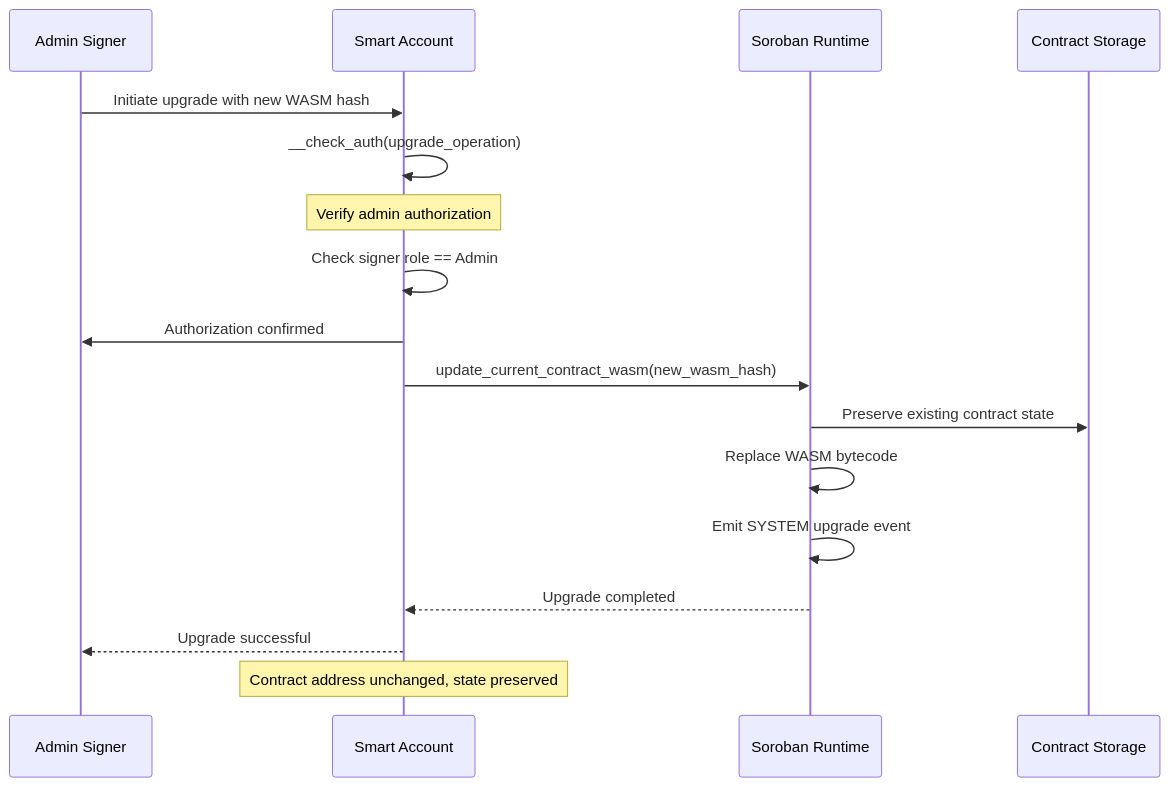
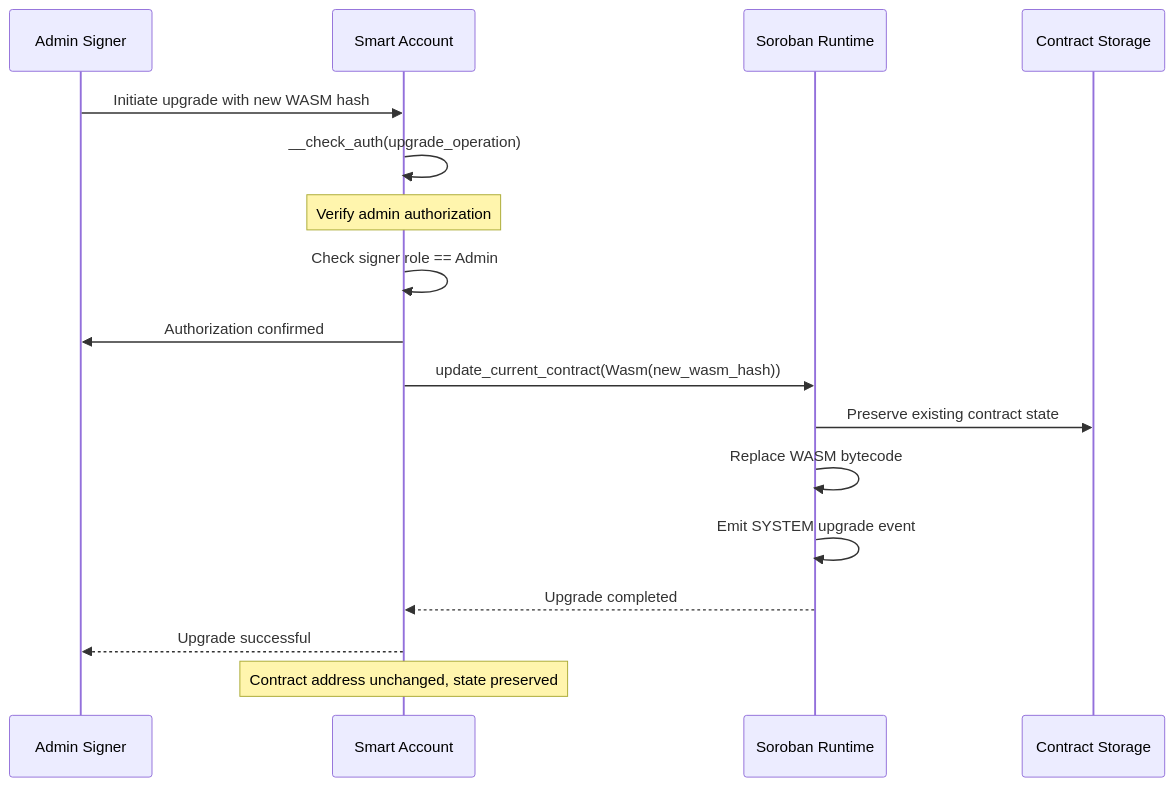
Before and after one commit to Crossmint/stellar-smart-account: the fifth of 5 diagrams in contracts/smart-account/README.md, drawn with Mermaid. The commit also changed other lines of this file and 4 other files, not shown here.

````diff
--- a/contracts/smart-account/README.md
+++ b/contracts/smart-account/README.md
@@ -590,24 +590,24 @@
 ```mermaid
 sequenceDiagram
     participant Admin as Admin Signer
     participant SW as Smart Account
     participant Soroban as Soroban Runtime
     participant Storage as Contract Storage
     
     Admin->>SW: Initiate upgrade with new WASM hash
     SW->>SW: __check_auth(upgrade_operation)
     
     Note over SW: Verify admin authorization
     SW->>SW: Check signer role == Admin
     SW->>Admin: Authorization confirmed
     
-    SW->>Soroban: update_current_contract_wasm(new_wasm_hash)
+    SW->>Soroban: update_current_contract(Wasm(new_wasm_hash))
     Soroban->>Storage: Preserve existing contract state
     Soroban->>Soroban: Replace WASM bytecode
     Soroban->>Soroban: Emit SYSTEM upgrade event
     
     Soroban-->>SW: Upgrade completed
     SW-->>Admin: Upgrade successful
     
     Note over SW: Contract address unchanged, state preserved
 ```
````
